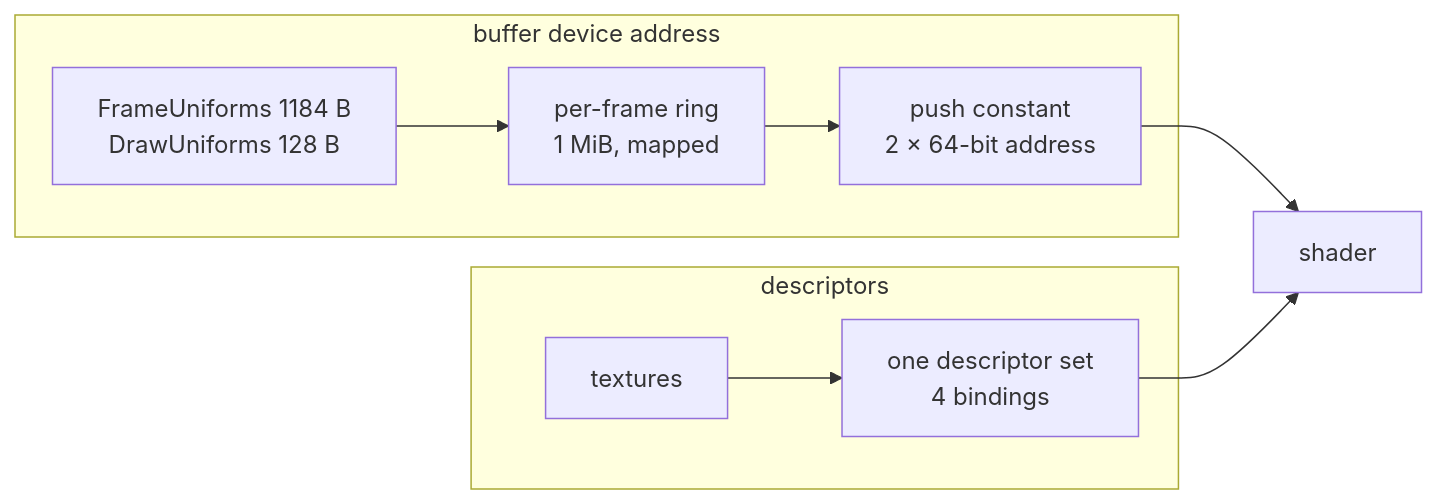
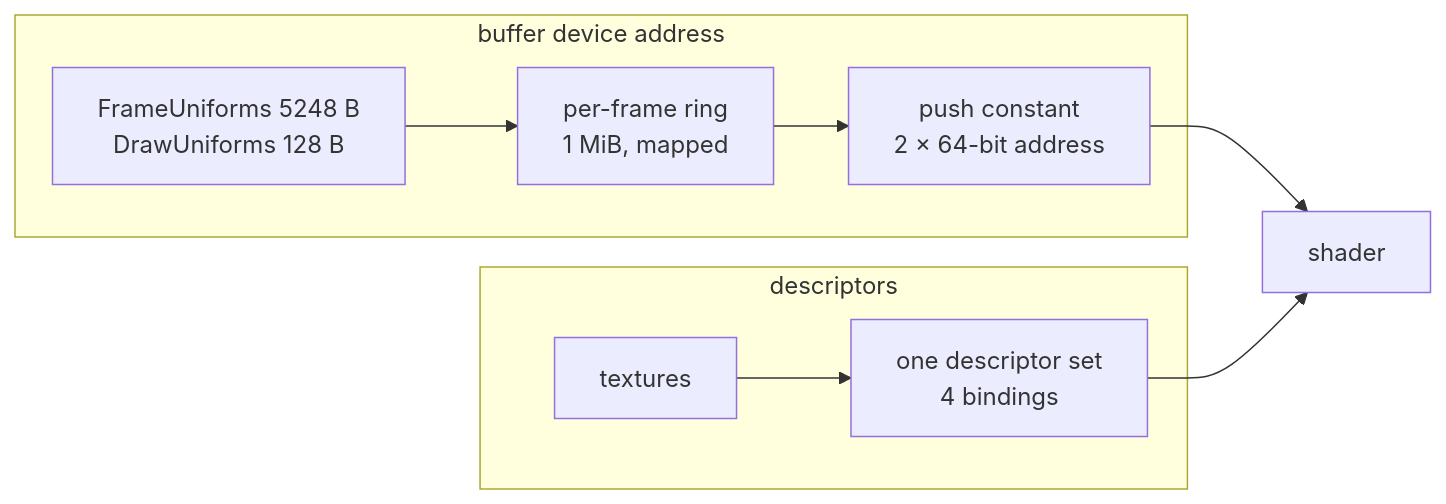
The fourth of 5 diagrams in notes/OVERVIEW.md (Zephyr75/overdrive), drawn with Mermaid before and after one commit. The commit also changed 7 other files, not shown here.

````diff
--- a/notes/OVERVIEW.md
+++ b/notes/OVERVIEW.md
@@ -130,12 +130,12 @@
 ```mermaid
 graph LR
     subgraph BDA["buffer device address"]
-        U["FrameUniforms 1184 B<br/>DrawUniforms 128 B"] --> RG["per-frame ring<br/>1 MiB, mapped"]
+        U["FrameUniforms 5248 B<br/>DrawUniforms 128 B"] --> RG["per-frame ring<br/>1 MiB, mapped"]
         RG --> PC["push constant<br/>2 × 64-bit address"]
     end
     subgraph DESC["descriptors"]
         T["textures"] --> DS["one descriptor set<br/>4 bindings"]
     end
     PC --> SH["shader"]
     DS --> SH
 ```
````
